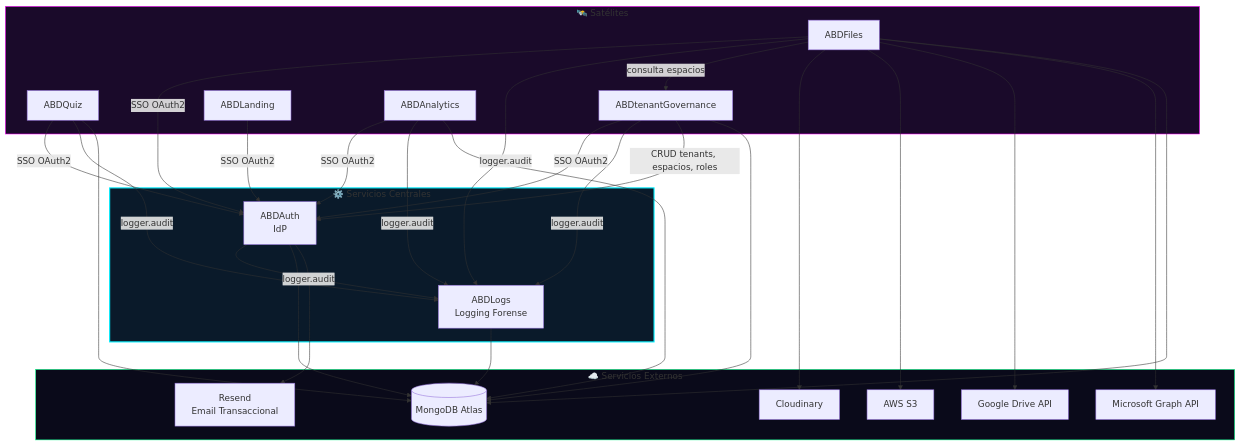
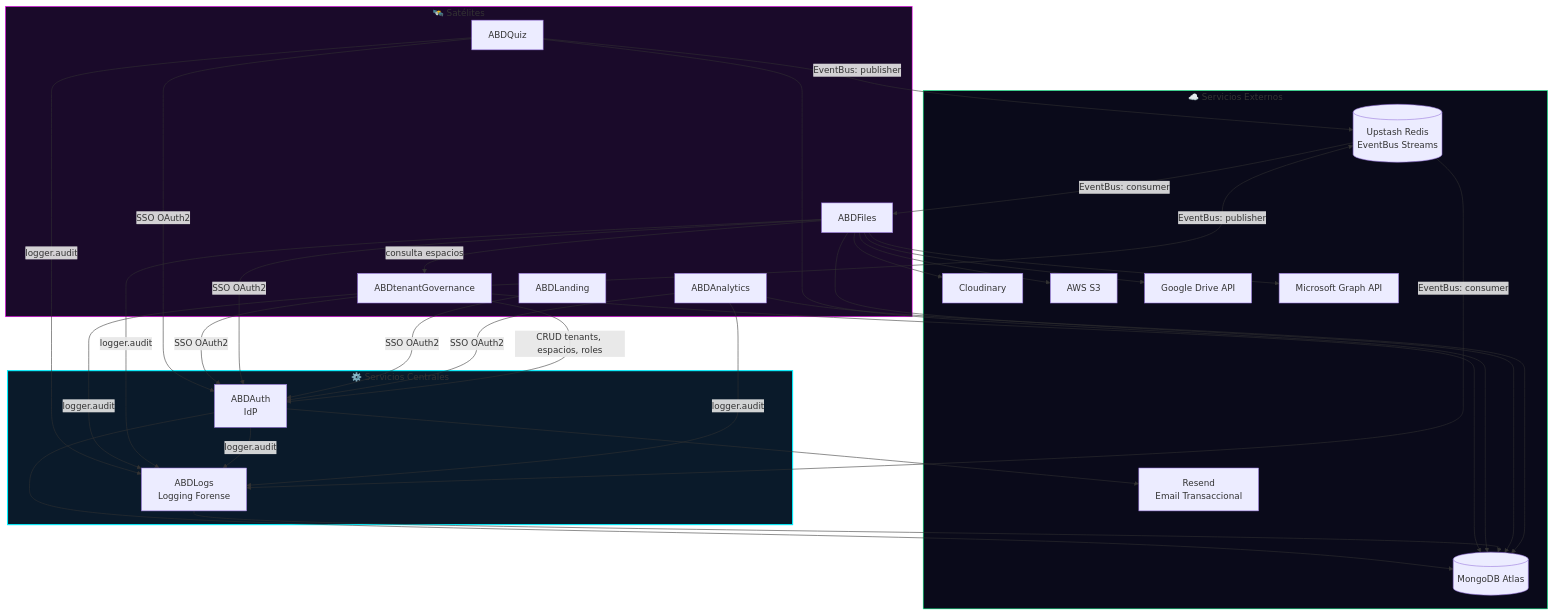
The fifth of 8 diagrams in ARCHITECTURE.md (ajabadia/ABDSuite), drawn with Mermaid before and after one commit. The commit also changed other lines of this file and 8 other files, not shown here.

````diff
--- a/ARCHITECTURE.md
+++ b/ARCHITECTURE.md
@@ -265,63 +298,64 @@
 ```mermaid
 graph TB
     subgraph Satellites["🛰️ Satélites"]
         QUIZ["ABDQuiz"]
         TENANT["ABDtenantGovernance"]
         FILES["ABDFiles"]
         LANDING["ABDLanding"]
         ANALYTICS["ABDAnalytics"]
     end
 
     subgraph Core["⚙️ Servicios Centrales"]
         AUTH["ABDAuth<br/>IdP"]
         LOGS["ABDLogs<br/>Logging Forense"]
     end
 
     subgraph External["☁️ Servicios Externos"]
         MDB[(MongoDB Atlas)]
+        REDIS[(Upstash Redis<br/>EventBus Streams)]
         CLOUD[Cloudinary]
         S3[AWS S3]
         GDRIVE[Google Drive API]
         ODRIVE[Microsoft Graph API]
         RESEND[Resend<br/>Email Transaccional]
     end
 
-    %% Auth flow
     QUIZ -->|"SSO OAuth2"| AUTH
     TENANT -->|"SSO OAuth2"| AUTH
     FILES -->|"SSO OAuth2"| AUTH
     LANDING -->|"SSO OAuth2"| AUTH
     ANALYTICS -->|"SSO OAuth2"| AUTH
 
-    %% Logging flow
     QUIZ -->|"logger.audit"| LOGS
     TENANT -->|"logger.audit"| LOGS
     FILES -->|"logger.audit"| LOGS
     AUTH -->|"logger.audit"| LOGS
     ANALYTICS -->|"logger.audit"| LOGS
 
-    %% Governance
+    QUIZ -->|"EventBus: publisher"| REDIS
+    TENANT -->|"EventBus: publisher"| REDIS
+
+    REDIS -->|"EventBus: consumer"| LOGS
+    REDIS -->|"EventBus: consumer"| FILES
+
     TENANT -->|"CRUD tenants, espacios, roles"| AUTH
     FILES -->|"consulta espacios"| TENANT
 
-    %% External storage
     FILES --> CLOUD
     FILES --> S3
     FILES --> GDRIVE
     FILES --> ODRIVE
 
-    %% Database
     AUTH --> MDB
     TENANT --> MDB
     QUIZ --> MDB
     LOGS --> MDB
     FILES --> MDB
     ANALYTICS --> MDB
 
-    %% Email
     AUTH --> RESEND
 
     style Core fill:#0a1a2a,stroke:#00f0ff,stroke-width:2px
     style Satellites fill:#1a0a2a,stroke:#ff00ff
     style External fill:#0a0a1a,stroke:#00ff88
 ```
````
